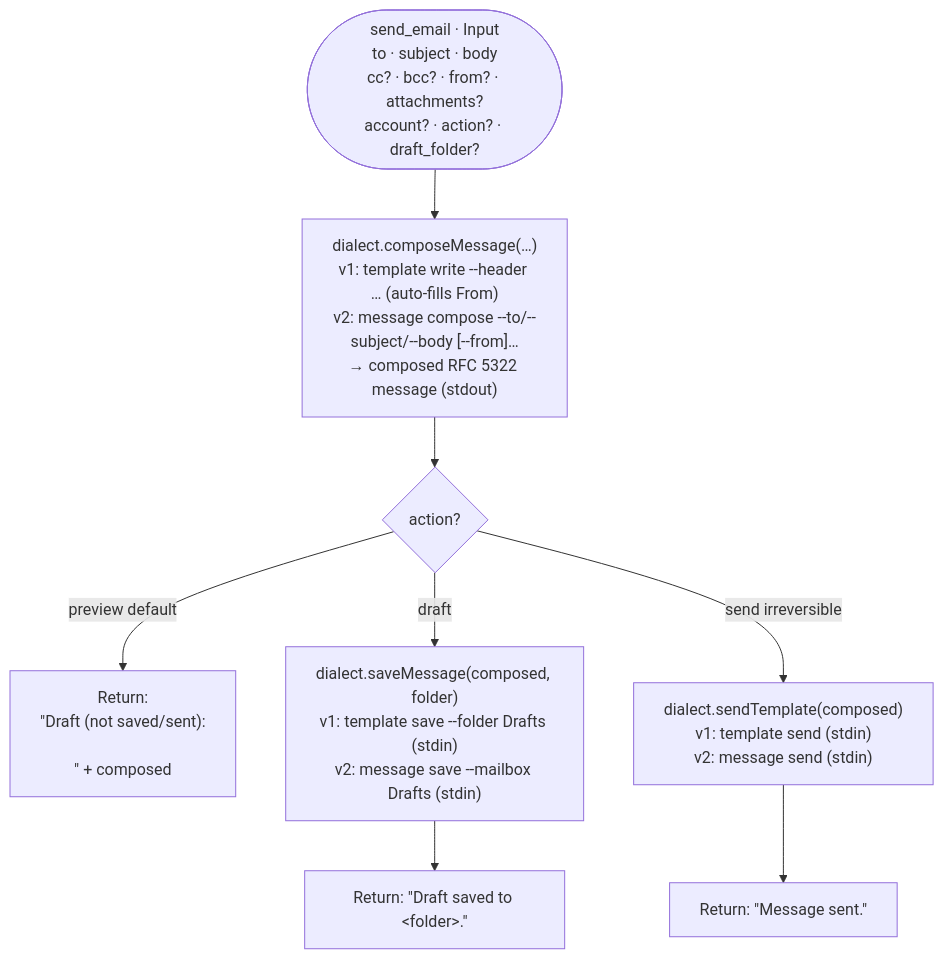
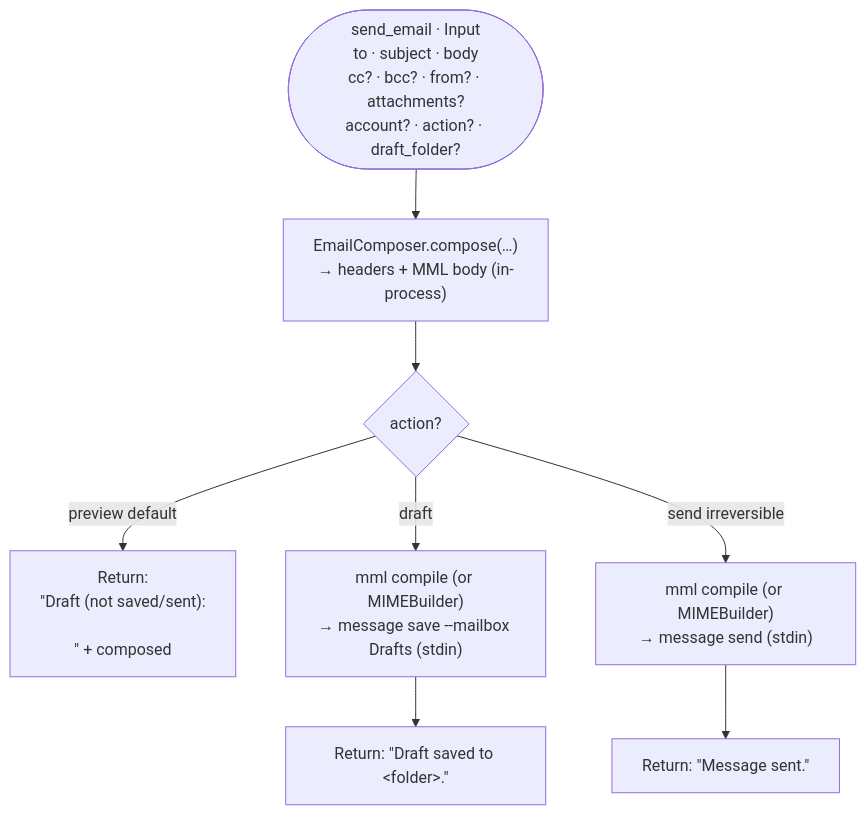
The first of 4 diagrams in README.md (amine2233/himalaya-mcp), drawn with Mermaid before and after one commit. The commit also changed other lines of this file and 17 other files, not shown here.

````diff
--- a/README.md
+++ b/README.md
@@ -107,18 +109,18 @@
 ```mermaid
 flowchart TD
     Start(["send_email · Input<br/>to · subject · body<br/>cc? · bcc? · from? · attachments?<br/>account? · action? · draft_folder?"])
-    Compose["dialect.composeMessage(…)<br/>v1: template write --header … (auto-fills From)<br/>v2: message compose --to/--subject/--body [--from]…<br/>→ composed RFC 5322 message (stdout)"]
+    Compose["EmailComposer.compose(…)<br/>→ headers + MML body (in-process)"]
     Branch{"action?"}
 
     Preview["Return:<br/>&quot;Draft (not saved/sent):\n\n&quot; + composed"]
-    Draft["dialect.saveMessage(composed, folder)<br/>v1: template save --folder Drafts (stdin)<br/>v2: message save --mailbox Drafts (stdin)"]
-    Send["dialect.sendTemplate(composed)<br/>v1: template send (stdin)<br/>v2: message send (stdin)"]
+    Draft["mml compile (or MIMEBuilder)<br/>→ message save --mailbox Drafts (stdin)"]
+    Send["mml compile (or MIMEBuilder)<br/>→ message send (stdin)"]
 
     DraftOut["Return: &quot;Draft saved to &lt;folder&gt;.&quot;"]
     SendOut["Return: &quot;Message sent.&quot;"]
 
     Start --> Compose --> Branch
     Branch -->|preview default| Preview
     Branch -->|draft| Draft --> DraftOut
     Branch -->|send irreversible| Send --> SendOut
 ```
````
